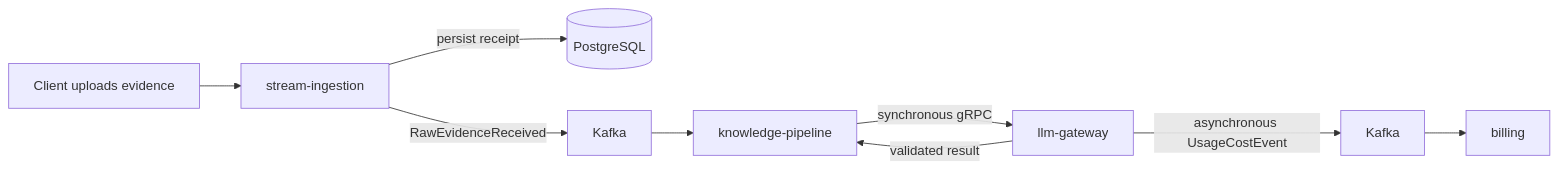
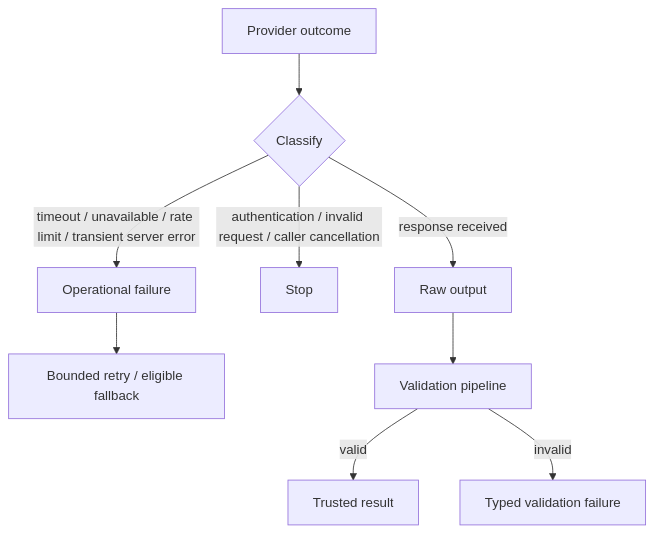
The fourth of 9 diagrams in README.md (Tanmoy095/Logiflow-platform), drawn with Mermaid before and after one commit. The commit also changed other lines of this file and 3 other files, not shown here.

First line of the commit message:
docs(llm-gateway): consolidate and update architecture documentation

````diff
--- a/README.md
+++ b/README.md
@@ -126,11 +401,15 @@
 ```mermaid
-flowchart LR
-	upload[Client uploads evidence] --> ingestion[stream-ingestion]
-	ingestion -->|persist receipt| postgres[(PostgreSQL)]
-	ingestion -->|RawEvidenceReceived| events[Kafka]
-	events --> worker[knowledge-pipeline]
-	worker -->|synchronous gRPC| gateway[llm-gateway]
-	gateway -->|validated result| worker
-	gateway -->|asynchronous UsageCostEvent| events2[Kafka]
-	events2 --> billing[billing]
+flowchart TD
+    outcome[Provider outcome]
+      --> classify{Classify}
+
+    classify -->|timeout / unavailable / rate limit / transient server error| operational[Operational failure]
+    operational --> recovery[Bounded retry / eligible fallback]
+
+    classify -->|authentication / invalid request / caller cancellation| terminal[Stop]
+
+    classify -->|response received| raw[Raw output]
+    raw --> validation[Validation pipeline]
+    validation -->|valid| trusted[Trusted result]
+    validation -->|invalid| refusal[Typed validation failure]
 ```
````
